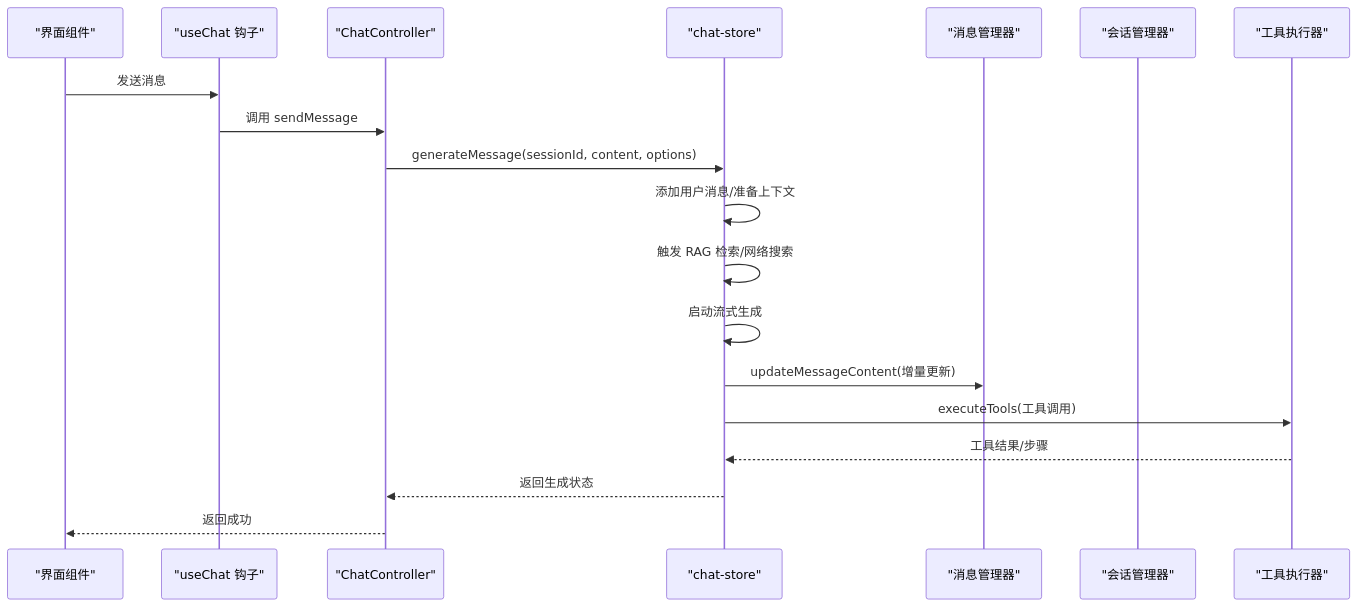
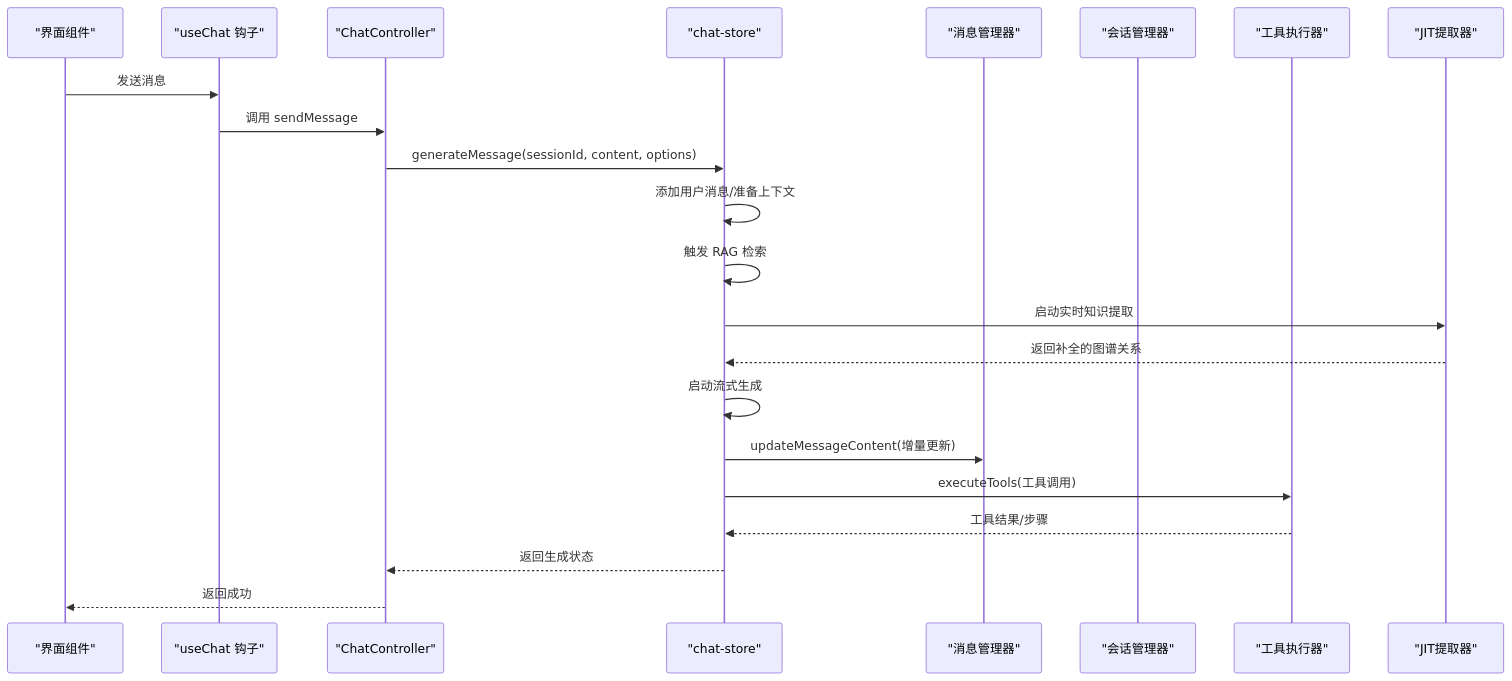
One commit to NarcisWL/Nexara changed the second of 11 diagrams in .qoder/repowiki/zh/content/聊天系统详解/聊天系统详解.md. Above: the diagram before and after it, drawn with Mermaid. The commit also changed other lines of this file and 6 other files, not shown here.

````diff
--- a/.qoder/repowiki/zh/content/聊天系统详解/聊天系统详解.md
+++ b/.qoder/repowiki/zh/content/聊天系统详解/聊天系统详解.md
@@ -113,21 +147,24 @@
 ```mermaid
 sequenceDiagram
 participant UI as "界面组件"
 participant Hook as "useChat 钩子"
 participant Ctrl as "ChatController"
 participant Store as "chat-store"
 participant MsgMgr as "消息管理器"
 participant SessMgr as "会话管理器"
 participant ToolExec as "工具执行器"
+participant JIT as "JIT提取器"
 UI->>Hook : 发送消息
 Hook->>Ctrl : 调用 sendMessage
 Ctrl->>Store : generateMessage(sessionId, content, options)
 Store->>Store : 添加用户消息/准备上下文
-Store->>Store : 触发 RAG 检索/网络搜索
+Store->>Store : 触发 RAG 检索
+Store->>JIT : 启动实时知识提取
+JIT-->>Store : 返回补全的图谱关系
 Store->>Store : 启动流式生成
 Store->>MsgMgr : updateMessageContent(增量更新)
 Store->>ToolExec : executeTools(工具调用)
 ToolExec-->>Store : 工具结果/步骤
 Store-->>Ctrl : 返回生成状态
 Ctrl-->>UI : 返回成功
 ```
````
